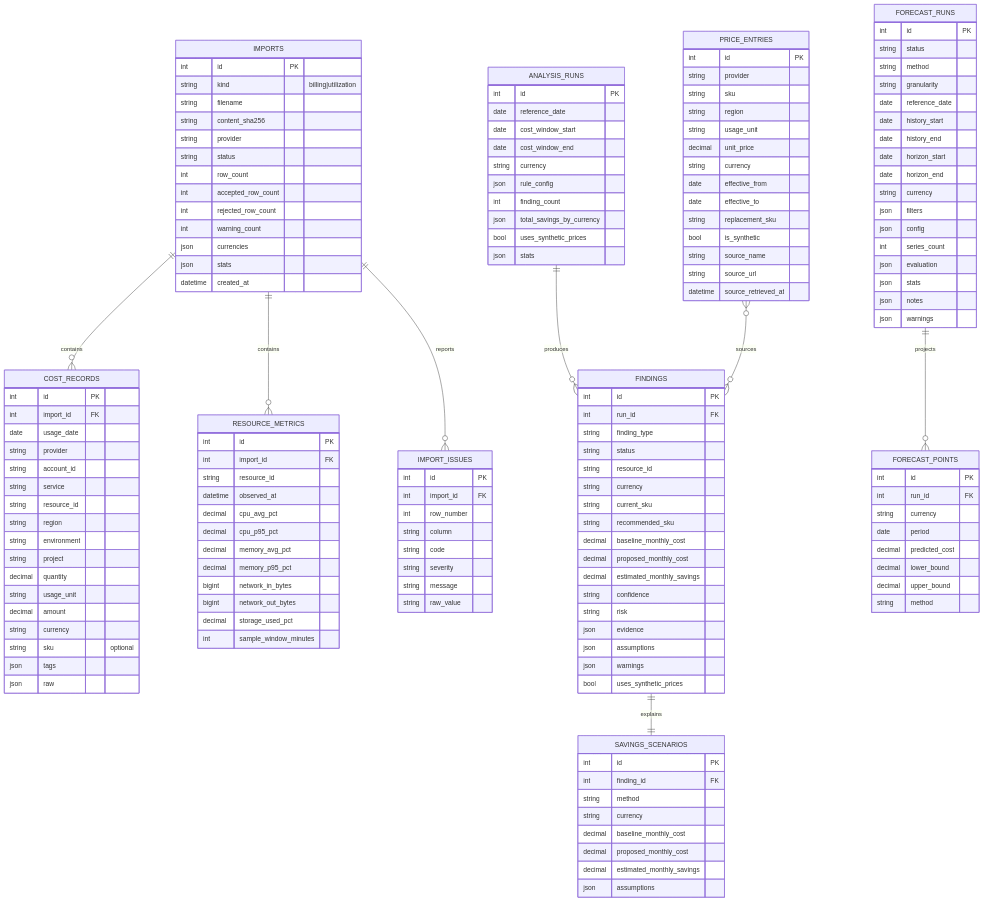
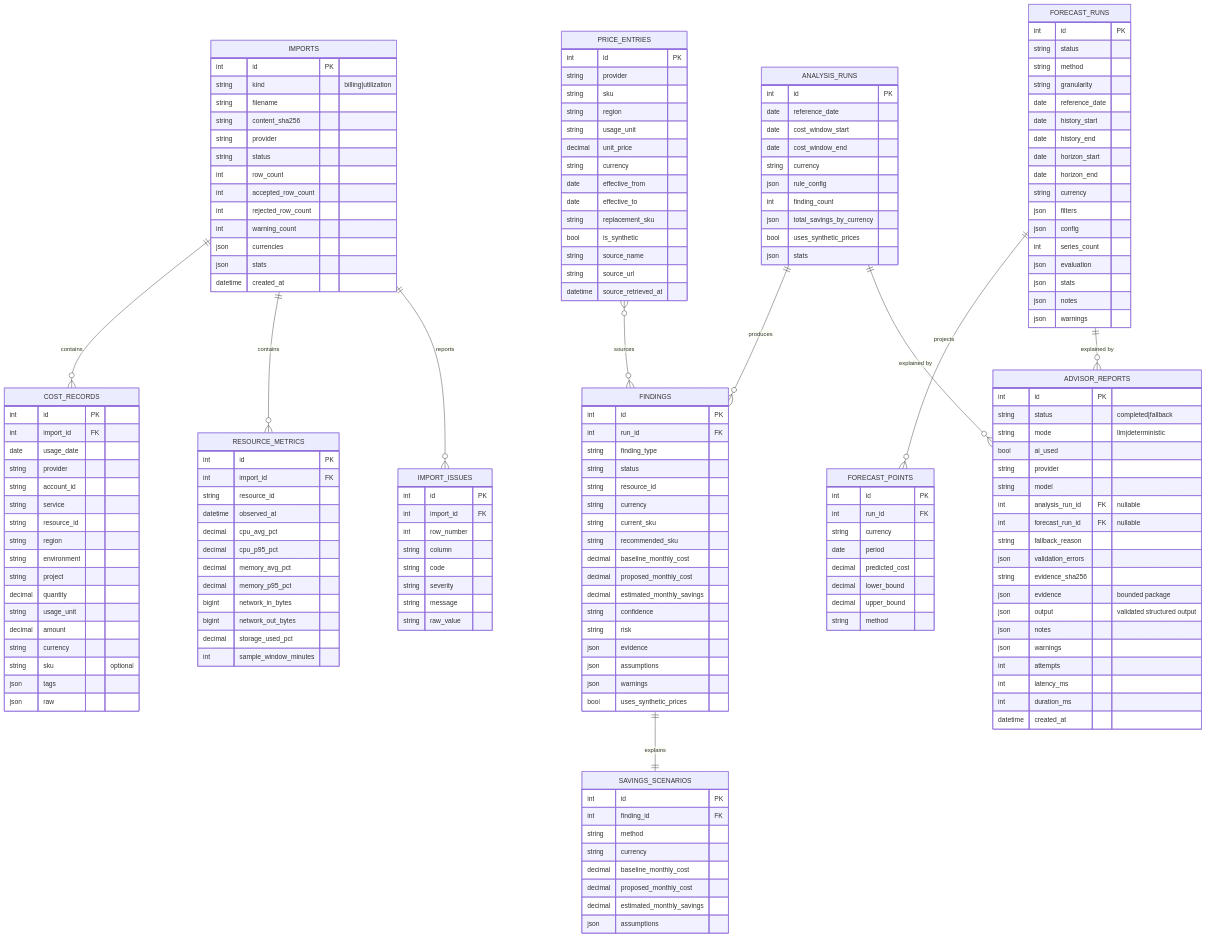
One commit to bharath609/CloudPilot.ai changed the third of 4 diagrams in docs/ARCHITECTURE.md. Above: the diagram before and after it, drawn with Mermaid. The commit also changed other lines of this file and 18 other files, not shown here.

First line of the commit message:
feat: evidence-bounded AI advisor with deterministic fallback

````diff
--- a/docs/ARCHITECTURE.md
+++ b/docs/ARCHITECTURE.md
@@ -300,6 +355,8 @@
   FINDINGS ||--|| SAVINGS_SCENARIOS : "explains"
   PRICE_ENTRIES }o--o{ FINDINGS : "sources"
   FORECAST_RUNS ||--o{ FORECAST_POINTS : "projects"
+  ANALYSIS_RUNS ||--o{ ADVISOR_REPORTS : "explained by"
+  FORECAST_RUNS ||--o{ ADVISOR_REPORTS : "explained by"
 
   IMPORTS {
     int id PK
@@ -445,4 +502,25 @@
     decimal upper_bound
     string method
   }
+  ADVISOR_REPORTS {
+    int id PK
+    string status "completed|fallback"
+    string mode "llm|deterministic"
+    bool ai_used
+    string provider
+    string model
+    int analysis_run_id FK "nullable"
+    int forecast_run_id FK "nullable"
+    string fallback_reason
+    json validation_errors
+    string evidence_sha256
+    json evidence "bounded package"
+    json output "validated structured output"
+    json notes
+    json warnings
+    int attempts
+    int latency_ms
+    int duration_ms
+    datetime created_at
+  }
 ```
````
